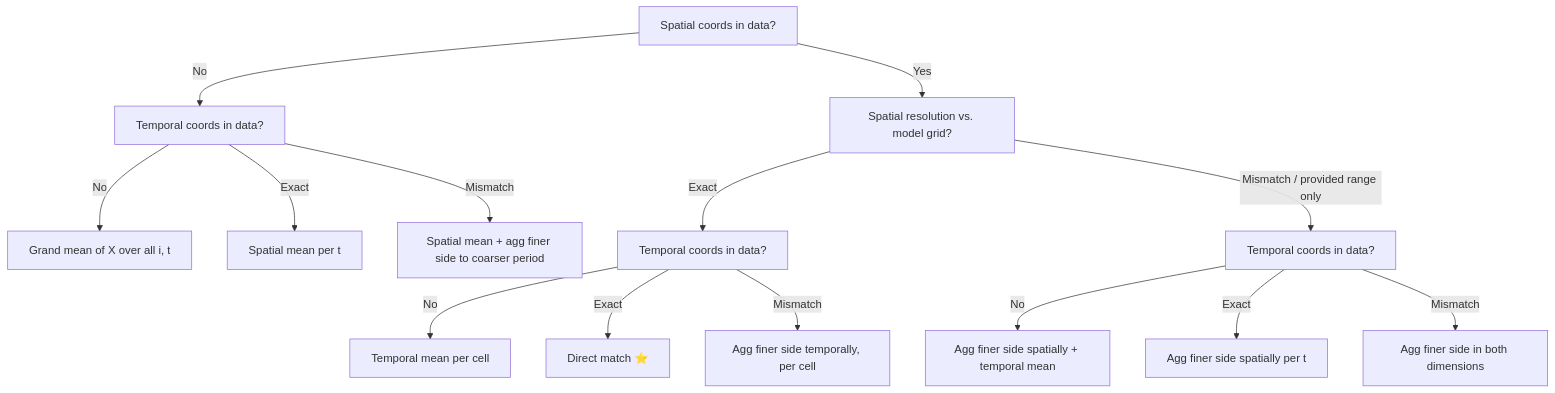
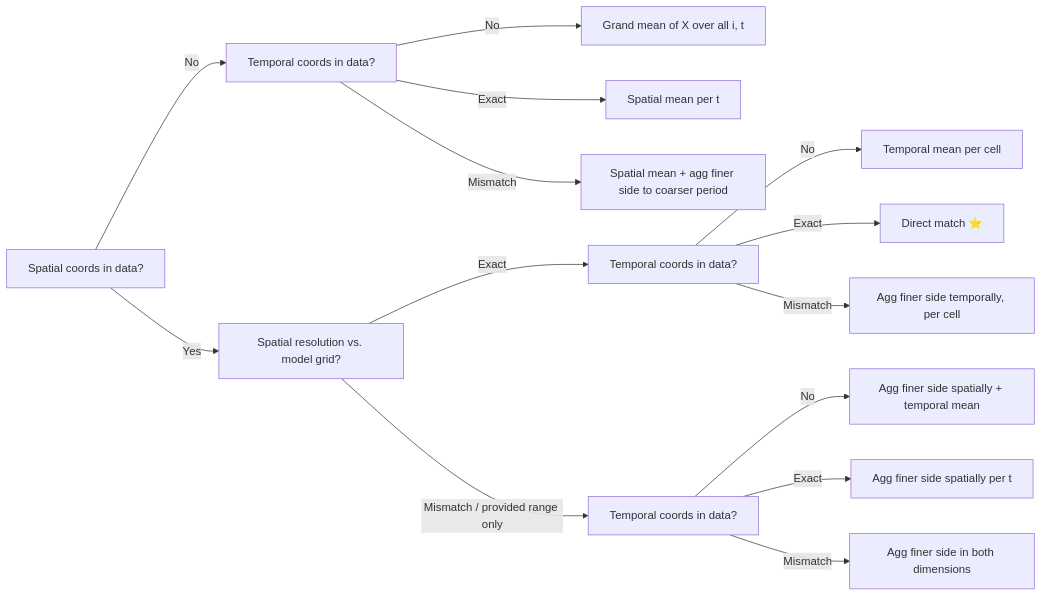
Before and after one commit to ImperialCollegeLondon/ve_data_science: the diagram in analysis/soil/validation/notes/spatiotemporal_match.md, drawn with Mermaid. The commit also changed 1 other file, not shown here.

Commit message:
update flowchart direction from TD to LR

````diff
--- a/analysis/soil/validation/notes/spatiotemporal_match.md
+++ b/analysis/soil/validation/notes/spatiotemporal_match.md
@@ -43,21 +43,21 @@
 ``` mermaid
-flowchart TD
+flowchart LR
     A[Spatial coords in data?]
 
     A -->|No| B[Temporal coords in data?]
     B -->|No| C[Grand mean of X over all i, t]
     B -->|Exact| D[Spatial mean per t]
     B -->|Mismatch| E[Spatial mean + agg finer side to coarser period]
 
     A -->|Yes| F[Spatial resolution vs. model grid?]
 
     F -->|Exact| G[Temporal coords in data?]
     G -->|No| H[Temporal mean per cell]
     G -->|Exact| I[Direct match ⭐]
     G -->|Mismatch| J[Agg finer side temporally, per cell]
 
     F -->|Mismatch / provided range only| K[Temporal coords in data?]
     K -->|No| L[Agg finer side spatially + temporal mean]
     K -->|Exact| M[Agg finer side spatially per t]
     K -->|Mismatch| N[Agg finer side in both dimensions]
 ```
````
